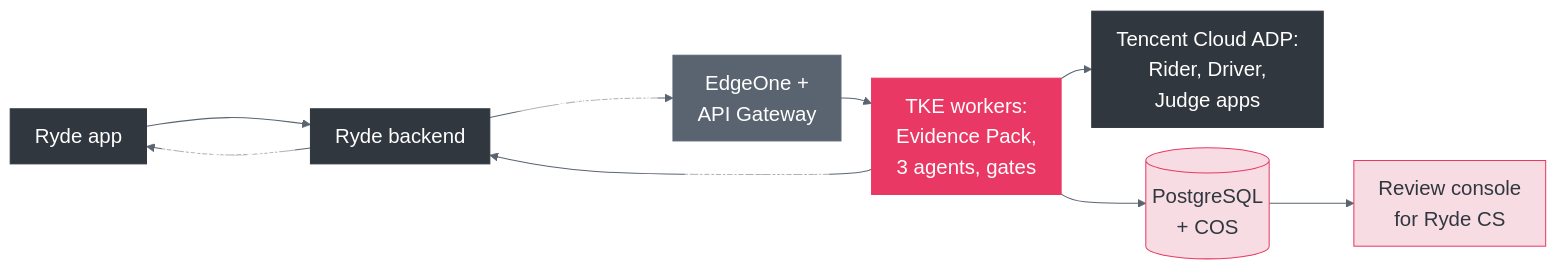
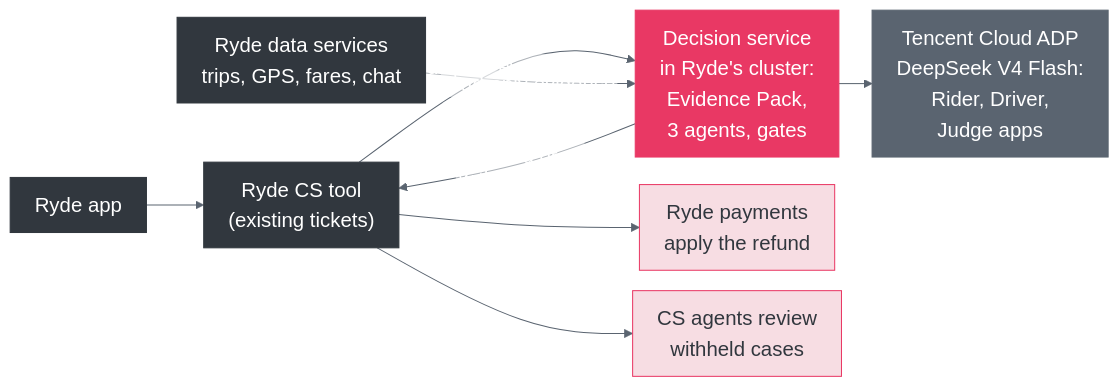
One commit to hermicaduceus/ryde-dispute-resolution-submission changed the diagram in tools/deployment/deploy-architecture.mmd. Above: the diagram before and after it, drawn with Mermaid. The commit also changed 3 other files, not shown here.

```diff
--- a/tools/deployment/deploy-architecture.mmd
+++ b/tools/deployment/deploy-architecture.mmd
@@ -1,19 +1,17 @@
 %%{init: {"themeCSS": ".edgeLabel, .edgeLabel *, .edgeLabel text, .label text, span.edgeLabel { fill: #31373E !important; color: #31373E !important; font-family: Arial, Helvetica, sans-serif !important; font-size: 20px; } .node text, .node .label, .nodeLabel, .node foreignObject div { font-family: Arial, Helvetica, sans-serif !important; font-size: 20px; } .edgeLabel rect, .labelBkg, .edgeLabel .label rect, g.edgeLabel rect { fill: #FFFFFF !important; stroke: none !important; opacity: 1; }", "theme": "base", "themeVariables": {"fontFamily": "Arial, Helvetica, sans-serif", "fontSize": "20px", "primaryColor": "#31373E", "primaryTextColor": "#FFFFFF", "primaryBorderColor": "#31373E", "textColor": "#31373E", "lineColor": "#5A6470", "secondaryColor": "#F7DDE3", "tertiaryColor": "#FFFFFF", "edgeLabelBackground": "#FFFFFF"}, "flowchart": {"htmlLabels": false, "curve": "basis", "nodeSpacing": 20, "rankSpacing": 30, "wrappingWidth": 300, "padding": 12}}}%%
 flowchart LR
-  APP["Ryde app"] --> RB["Ryde backend"]
-  RB -- "signed webhook" --> EO["EdgeOne +<br/>API Gateway"]
-  EO --> TKE["TKE workers:<br/>Evidence Pack,<br/>3 agents, gates"]
-  TKE --> ADP["Tencent Cloud ADP:<br/>Rider, Driver,<br/>Judge apps"]
-  TKE --> DB[("PostgreSQL<br/>+ COS")]
-  TKE -- "signed callback" --> RB
-  RB -- "refund, notice,<br/>ticket status" --> APP
-  DB --> CON["Review console<br/>for Ryde CS"]
+  APP["Ryde app"] --> CS["Ryde CS tool<br/>(existing tickets)"]
+  CS -- "dispute event" --> SVC["Decision service<br/>in Ryde's cluster:<br/>Evidence Pack,<br/>3 agents, gates"]
+  DATA["Ryde data services<br/>trips, GPS, fares, chat"] -- "read-only evidence" --> SVC
+  SVC --> ADP["Tencent Cloud ADP<br/>DeepSeek V4 Flash:<br/>Rider, Driver,<br/>Judge apps"]
+  SVC -- "ruling or<br/>withheld case" --> CS
+  CS --> PAY["Ryde payments<br/>apply the refund"]
+  CS --> REV["CS agents review<br/>withheld cases"]
   classDef ryde fill:#31373E,stroke:#31373E,color:#FFFFFF;
   classDef core fill:#E93864,stroke:#E93864,color:#FFFFFF;
-  classDef edge fill:#5A6470,stroke:#5A6470,color:#FFFFFF;
+  classDef tencent fill:#5A6470,stroke:#5A6470,color:#FFFFFF;
   classDef data fill:#F7DDE3,stroke:#E93864,color:#31373E;
-  class APP,RB ryde;
-  class TKE core;
-  class EO edge;
-  class ADP ryde;
-  class DB,CON data;
+  class APP,CS,DATA ryde;
+  class SVC core;
+  class ADP tencent;
+  class PAY,REV data;
```
